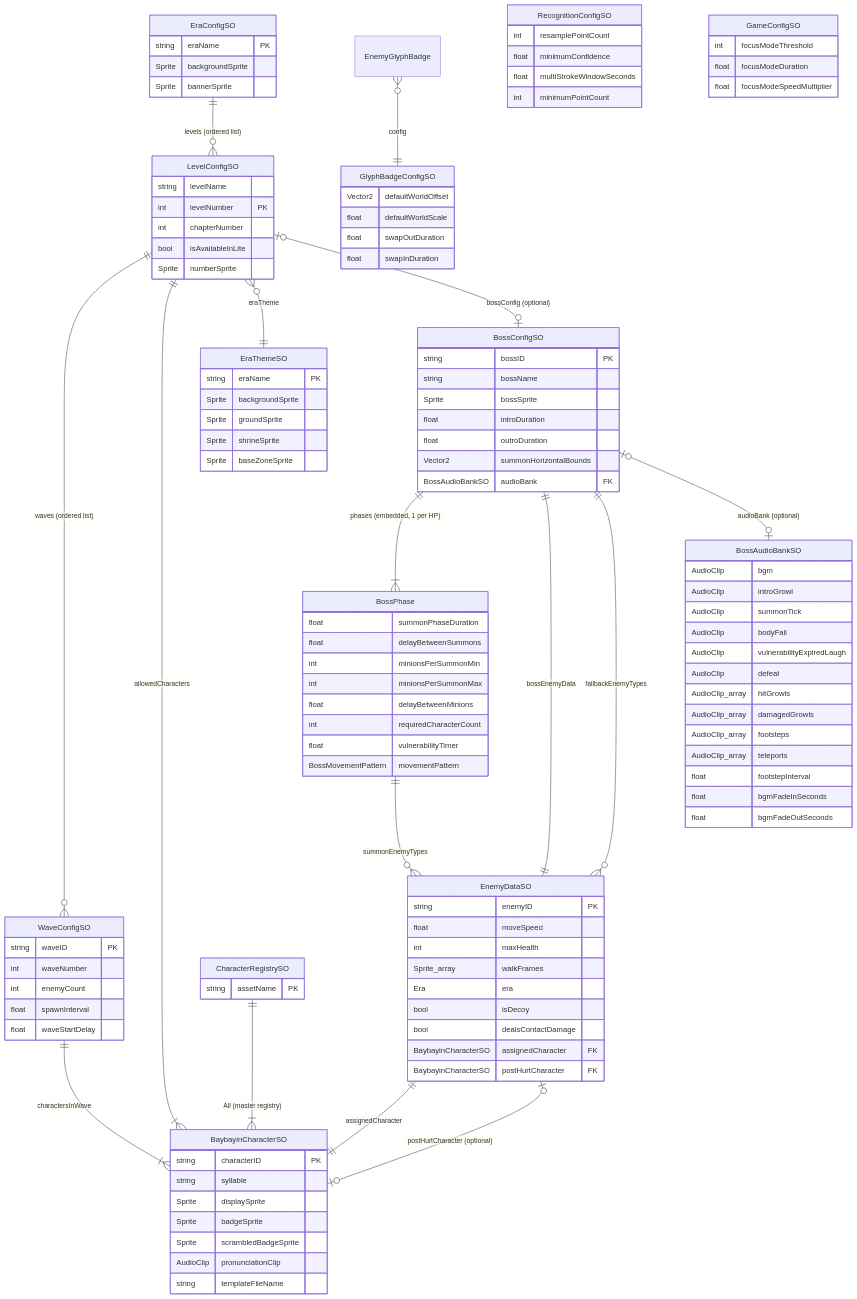
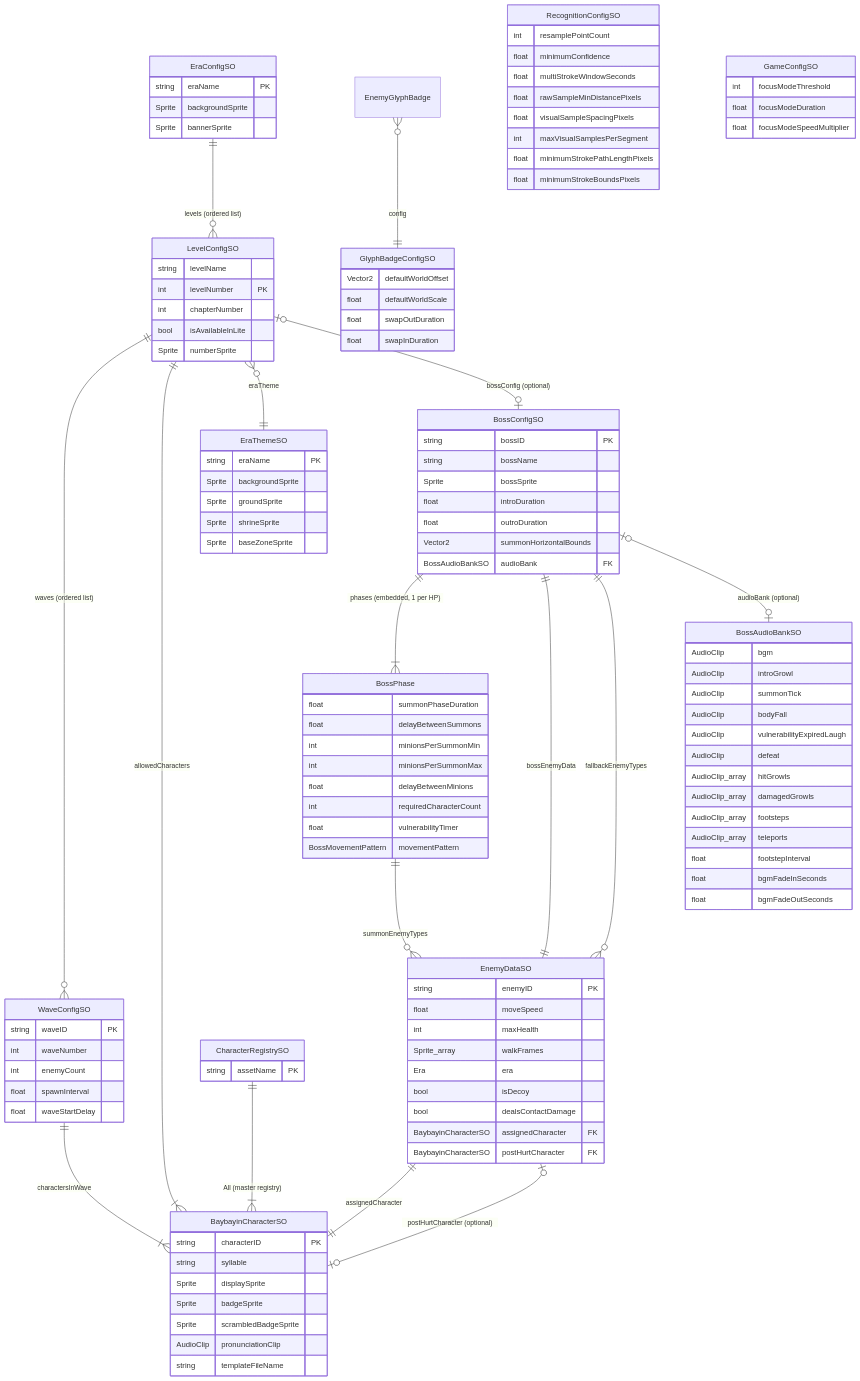
One commit to chdean-09/salinlahi changed the first of 5 diagrams in docs/capstone/SystemDiagrams.md. Above: the diagram before and after it, drawn with Mermaid. The commit also changed other lines of this file and 16 other files, not shown here.

```diff
--- a/docs/capstone/SystemDiagrams.md
+++ b/docs/capstone/SystemDiagrams.md
@@ -148,7 +148,11 @@
         int resamplePointCount
         float minimumConfidence
         float multiStrokeWindowSeconds
-        int minimumPointCount
+        float rawSampleMinDistancePixels
+        float visualSampleSpacingPixels
+        int maxVisualSamplesPerSegment
+        float minimumStrokePathLengthPixels
+        float minimumStrokeBoundsPixels
     }
 
     GameConfigSO {
```
